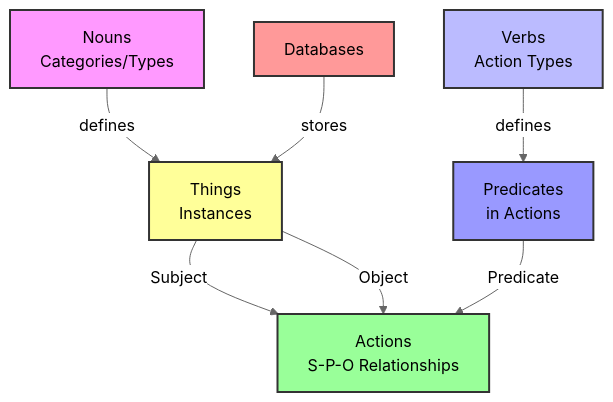
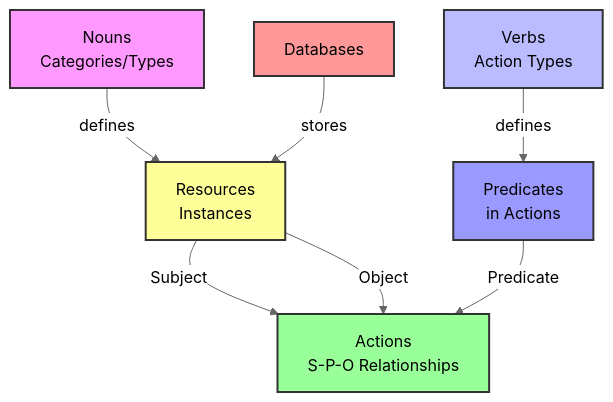
One commit to drivly/ai changed the second of 2 diagrams in sdks/database.do/README.md. Above: the diagram before and after it, drawn with Mermaid (neutral theme). The commit also changed other lines of this file and 14 other files, not shown here.

Commit message:
refactor: complete Things to Resources renaming across documentation and code

````diff
--- a/sdks/database.do/README.md
+++ b/sdks/database.do/README.md
@@ -395,16 +395,16 @@
 ```mermaid
 graph TD
-    Nouns[Nouns<br/>Categories/Types] -->|defines| Things[Things<br/>Instances]
+    Nouns[Nouns<br/>Categories/Types] -->|defines| Resources[Resources<br/>Instances]
     Verbs[Verbs<br/>Action Types] -->|defines| Predicates[Predicates<br/>in Actions]
-    Things -->|Subject| Actions[Actions<br/>S-P-O Relationships]
+    Resources -->|Subject| Actions[Actions<br/>S-P-O Relationships]
     Predicates -->|Predicate| Actions
-    Things -->|Object| Actions
-    Databases -->|stores| Things
+    Resources -->|Object| Actions
+    Databases -->|stores| Resources
     
     style Nouns fill:#f9f,stroke:#333,stroke-width:2px
     style Verbs fill:#bbf,stroke:#333,stroke-width:2px
-    style Things fill:#ff9,stroke:#333,stroke-width:2px
+    style Resources fill:#ff9,stroke:#333,stroke-width:2px
     style Actions fill:#9f9,stroke:#333,stroke-width:2px
     style Predicates fill:#99f,stroke:#333,stroke-width:2px
     style Databases fill:#f99,stroke:#333,stroke-width:2px
 ```
````
